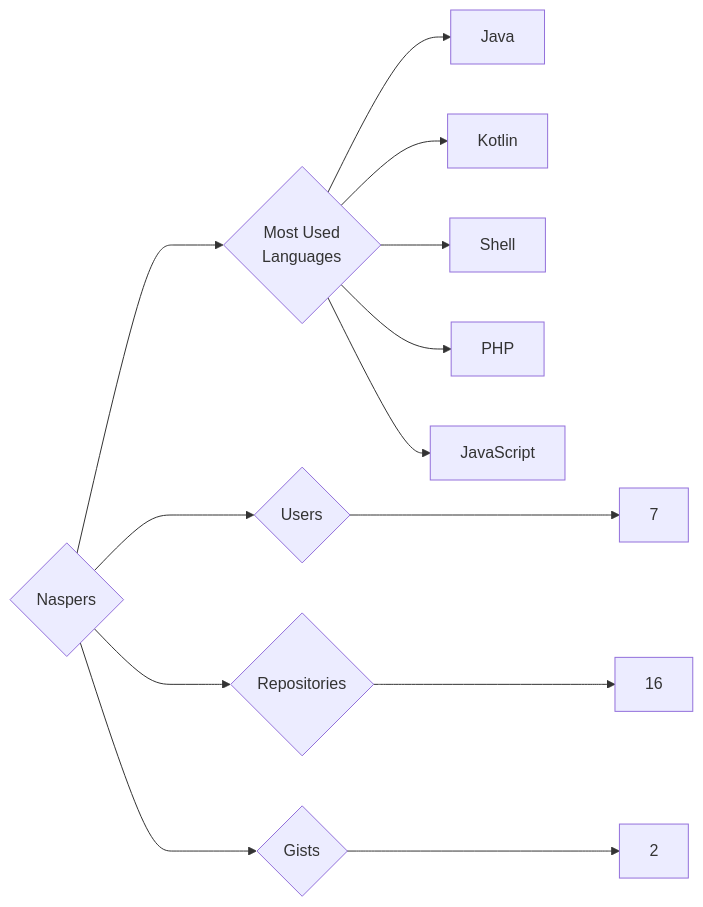
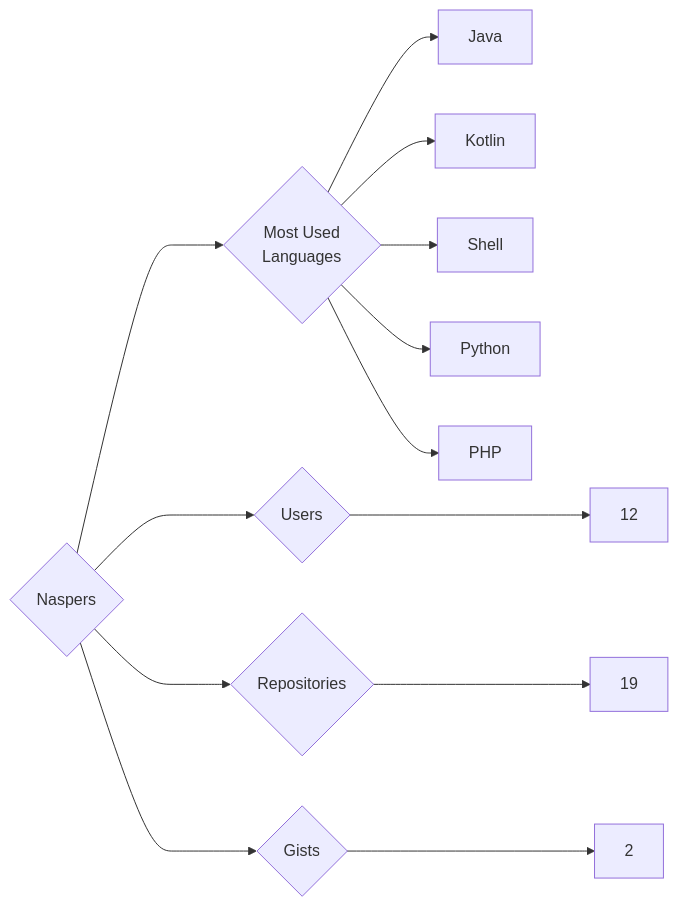
The diagram in targets/Naspers/README.md (trickest/insiders), drawn with Mermaid before and after one commit. The commit also changed 1011 other files, not shown here.

````diff
--- a/targets/Naspers/README.md
+++ b/targets/Naspers/README.md
@@ -3,13 +3,13 @@
 ```mermaid
 graph LR
 COMPANY_NAME{Naspers}
-COMPANY_NAME ---> U{Users} ---> UN[7]
-COMPANY_NAME ---> R{Repositories} ---> RN[16]
+COMPANY_NAME ---> U{Users} ---> UN[12]
+COMPANY_NAME ---> R{Repositories} ---> RN[19]
 COMPANY_NAME ---> G{Gists} ---> GN[2]
 COMPANY_NAME ---> ML{Most Used<br>Languages}
 ML --> Java[Java]
 ML --> Kotlin[Kotlin]
 ML --> Shell[Shell]
+ML --> Python[Python]
 ML --> PHP[PHP]
-ML --> JavaScript[JavaScript]
 ```
````
